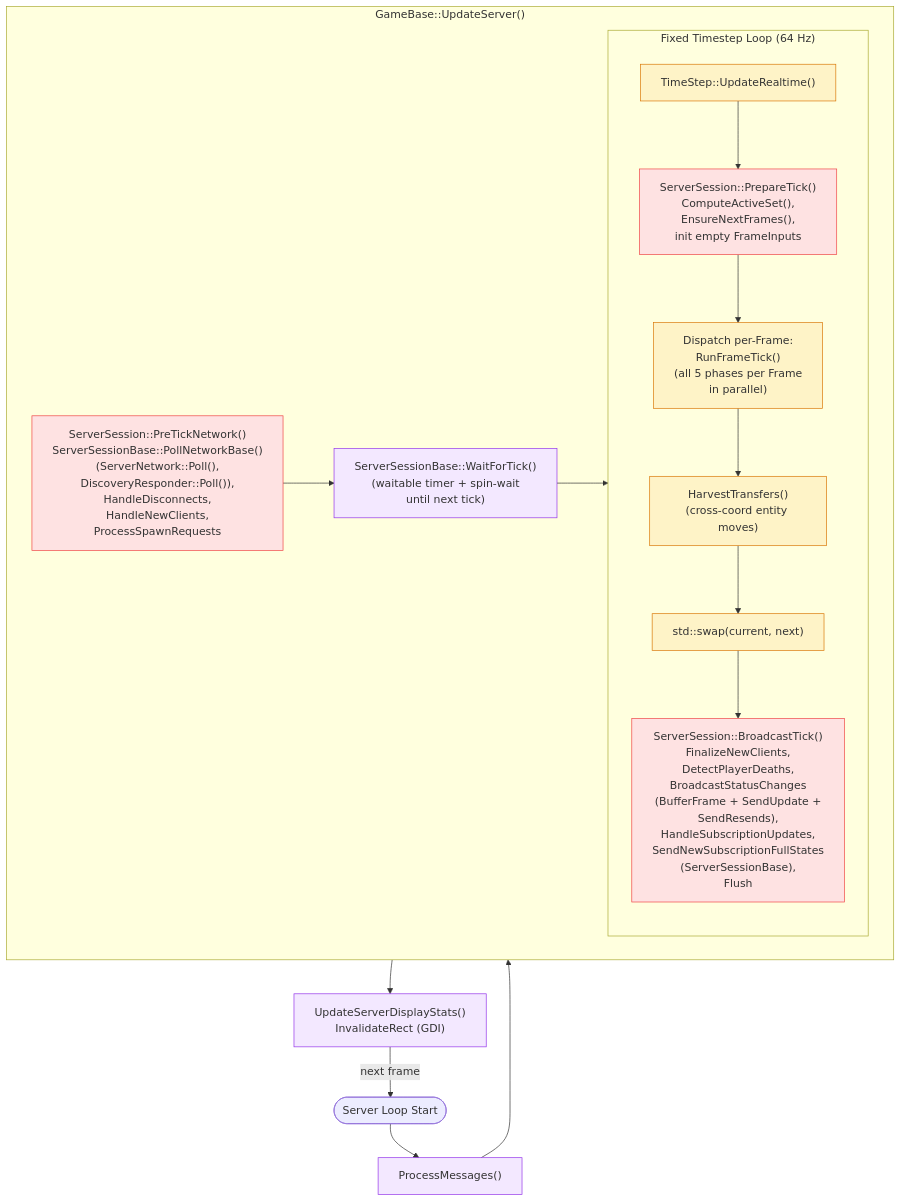
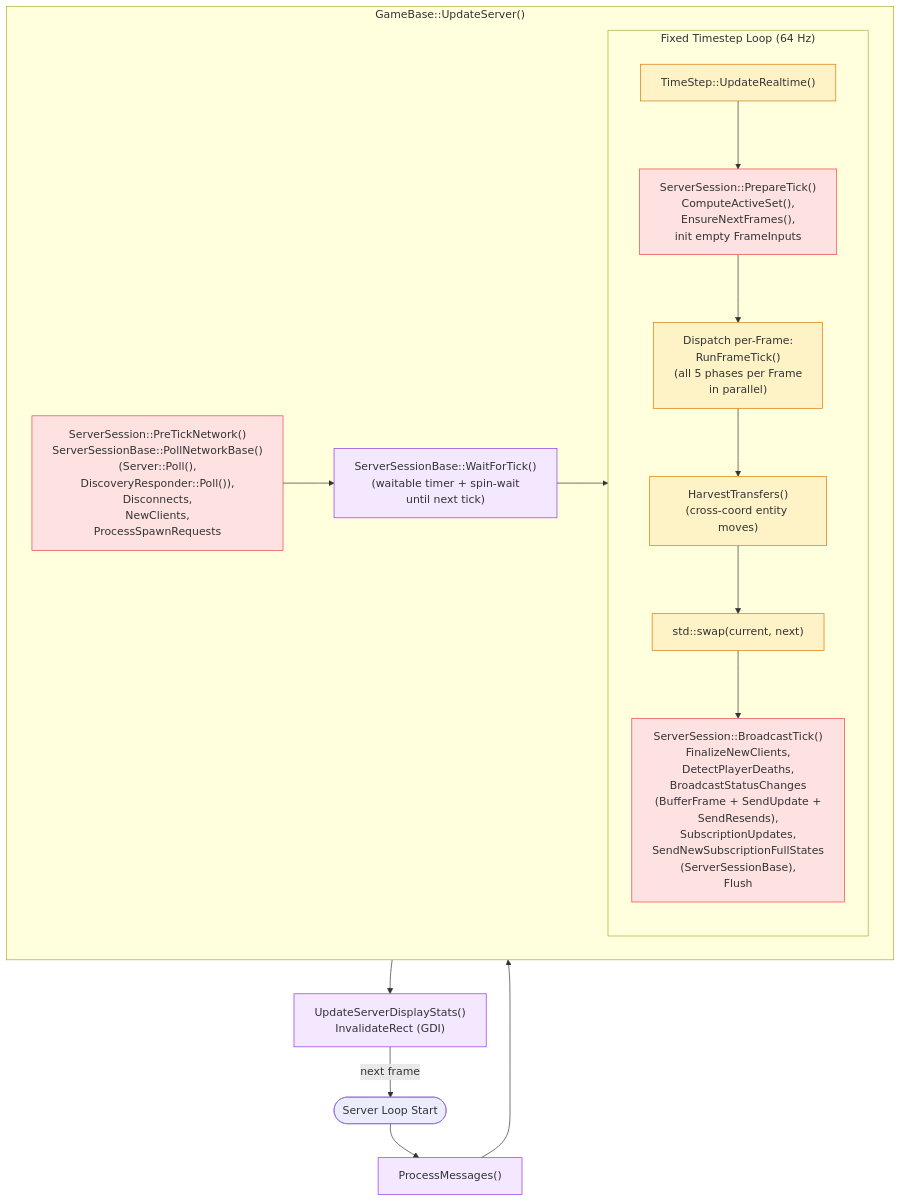
One commit to DougTanner/BrokenEnginePublic changed the third of 5 diagrams in Documents/Architecture/FrameUpdatePipeline.md. Above: the diagram before and after it, drawn with Mermaid. The commit also changed other lines of this file and 118 other files, not shown here.

````diff
--- a/Documents/Architecture/FrameUpdatePipeline.md
+++ b/Documents/Architecture/FrameUpdatePipeline.md
@@ -109,35 +119,35 @@
 ```mermaid
 %%{init: {'theme': 'default'}}%%
 flowchart TD
     classDef physics fill:#fef3c7,stroke:#d97706
     classDef network fill:#fee2e2,stroke:#ef4444
     classDef server fill:#f3e8ff,stroke:#9333ea
 
     start(["Server Loop Start"])
 
     msgs["ProcessMessages()"]:::server
 
     subgraph tick_frames ["GameBase::UpdateServer()"]
-        pre_tick["ServerSession::PreTickNetwork()<br/>ServerSessionBase::PollNetworkBase()<br/>(ServerNetwork::Poll(),<br/>DiscoveryResponder::Poll()),<br/>HandleDisconnects,<br/>HandleNewClients,<br/>ProcessSpawnRequests"]:::network
+        pre_tick["ServerSession::PreTickNetwork()<br/>ServerSessionBase::PollNetworkBase()<br/>(Server::Poll(),<br/>DiscoveryResponder::Poll()),<br/>Disconnects,<br/>NewClients,<br/>ProcessSpawnRequests"]:::network
 
         wait_tick["ServerSessionBase::WaitForTick()<br/>(waitable timer + spin-wait<br/>until next tick)"]:::server
 
         subgraph physics_loop ["Fixed Timestep Loop (64 Hz)"]
             ts["TimeStep::UpdateRealtime()"]:::physics
             prepare_tick["ServerSession::PrepareTick()<br/>ComputeActiveSet(),<br/>EnsureNextFrames(),<br/>init empty FrameInputs"]:::network
             dispatch_s["Dispatch per-Frame:<br/>RunFrameTick()<br/>(all 5 phases per Frame<br/>in parallel)"]:::physics
             frame_swap["std::swap(current, next)"]:::physics
-            broadcast_tick["ServerSession::BroadcastTick()<br/>FinalizeNewClients,<br/>DetectPlayerDeaths,<br/>BroadcastStatusChanges<br/>(BufferFrame + SendUpdate +<br/>SendResends),<br/>HandleSubscriptionUpdates,<br/>SendNewSubscriptionFullStates<br/>(ServerSessionBase),<br/>Flush"]:::network
+            broadcast_tick["ServerSession::BroadcastTick()<br/>FinalizeNewClients,<br/>DetectPlayerDeaths,<br/>BroadcastStatusChanges<br/>(BufferFrame + SendUpdate +<br/>SendResends),<br/>SubscriptionUpdates,<br/>SendNewSubscriptionFullStates<br/>(ServerSessionBase),<br/>Flush"]:::network
             harvest["HarvestTransfers()<br/>(cross-coord entity moves)"]:::physics
             ts --> prepare_tick --> dispatch_s --> harvest --> frame_swap
             frame_swap --> broadcast_tick
         end
 
         pre_tick --> wait_tick --> physics_loop
     end
 
     display["UpdateServerDisplayStats()<br/>InvalidateRect (GDI)"]:::server
 
     start --> msgs --> tick_frames --> display
     display -->|next frame| start
 ```
````
